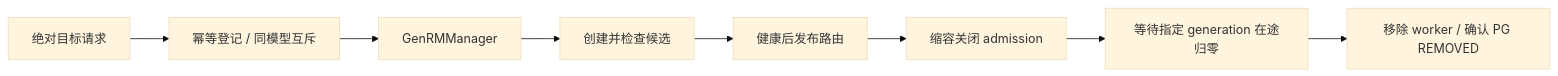
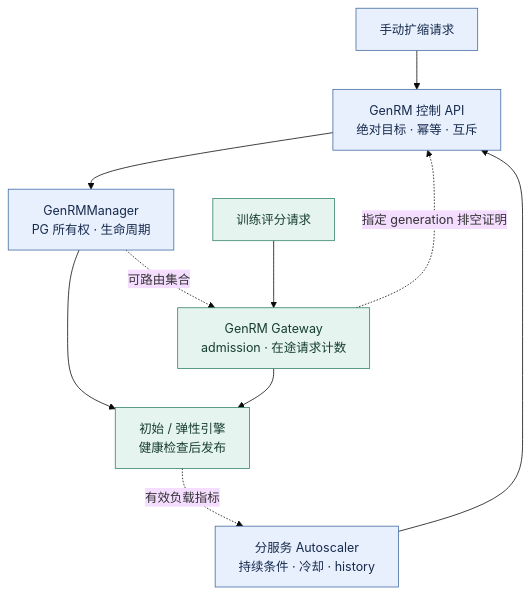
One commit to shanyulu/Relax changed the diagram in review/task11-publication-20260930/PR370_GITHUB_BODY_FINAL.md. Above: the diagram before and after it, drawn with Mermaid (base theme). The commit also changed other lines of this file and 4 other files, not shown here.

````diff
--- a/review/task11-publication-20260930/PR370_GITHUB_BODY_FINAL.md
+++ b/review/task11-publication-20260930/PR370_GITHUB_BODY_FINAL.md
@@ -16,10 +18,16 @@
 ```mermaid
-flowchart LR
-  O["绝对目标请求"] --> R["幂等登记 / 同模型互斥"]
-  R --> M["GenRMManager"]
-  M --> C["创建并检查候选"]
-  C --> P["健康后发布路由"]
-  P --> D["缩容关闭 admission"]
-  D --> I["等待指定 generation 在途归零"]
-  I --> X["移除 worker / 确认 PG REMOVED"]
+flowchart TB
+    U["手动扩缩请求"] --> C["GenRM 控制 API<br/>绝对目标 · 幂等 · 互斥"]
+    C --> M["GenRMManager<br/>PG 所有权 · 生命周期"]
+    M --> E["初始 / 弹性引擎<br/>健康检查后发布"]
+    M -.->|"可路由集合"| G["GenRM Gateway<br/>admission · 在途请求计数"]
+    T["训练评分请求"] --> G
+    G --> E
+    G -.->|"指定 generation 排空证明"| C
+    E -.->|"有效负载指标"| A["分服务 Autoscaler<br/>持续条件 · 冷却 · history"]
+    A --> C
+    classDef control fill:#e8f0fe,stroke:#4169a1,color:#172b4d;
+    classDef serving fill:#e5f4ee,stroke:#328268,color:#173d31;
+    class U,C,M,A control;
+    class T,G,E serving;
 ```
````
